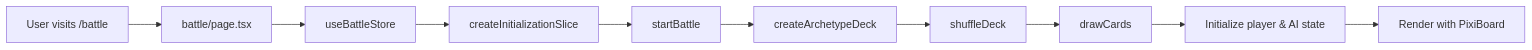
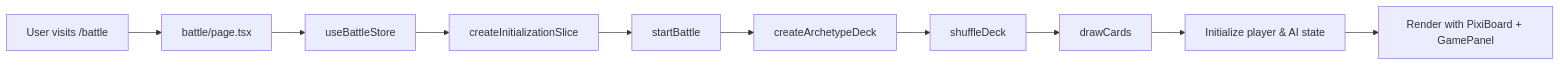
Before and after one commit to StephenJamesDunne/final-year-project: the first of 5 diagrams in README.md, drawn with Mermaid. The commit also changed other lines of this file, not shown here.

Commit message:
updated readme to reflect most up to date architecture of the project, training script instructions, expplanations for training and rendering architecture.

````diff
--- a/README.md
+++ b/README.md
@@ -137,12 +158,12 @@
 ```mermaid
 graph LR
     A[User visits /battle] --> B[battle/page.tsx]
     B --> C[useBattleStore]
     C --> D[createInitializationSlice]
     D --> E[startBattle]
     E --> F[createArchetypeDeck]
     F --> G[shuffleDeck]
     G --> H[drawCards]
     H --> I[Initialize player & AI state]
-    I --> J[Render with PixiBoard]
+    I --> J[Render with PixiBoard + GamePanel]
 ```
````
